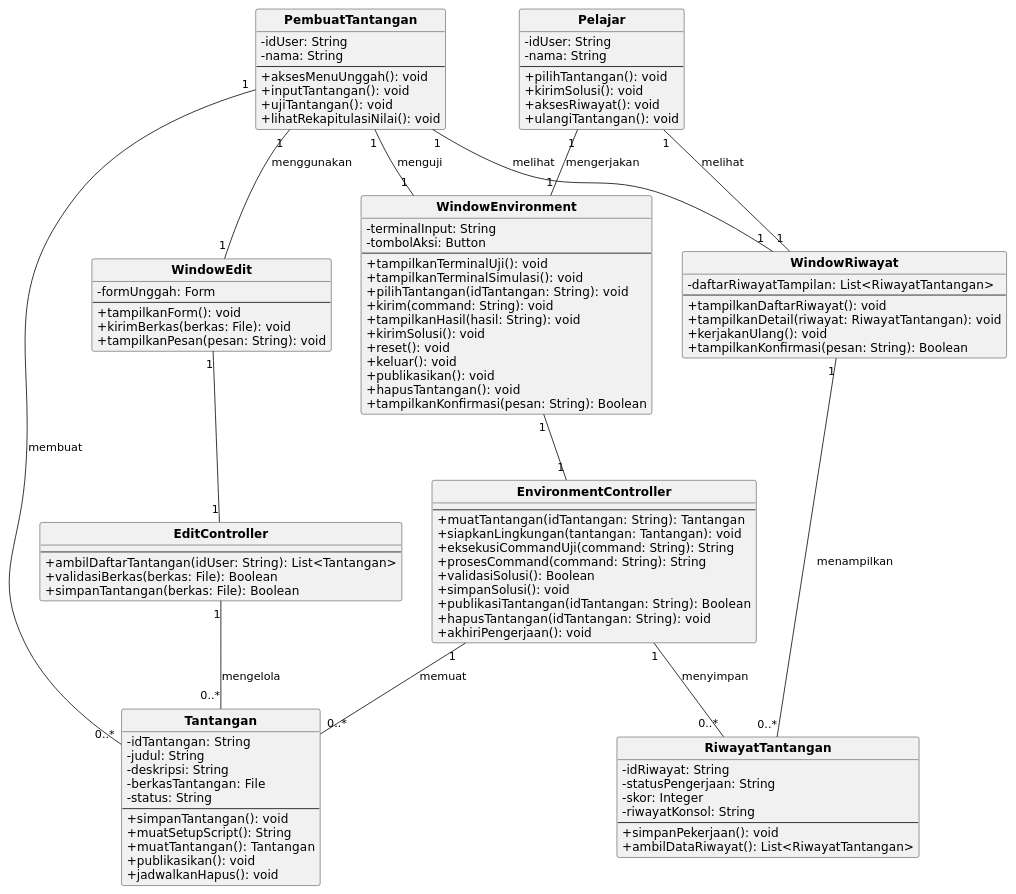
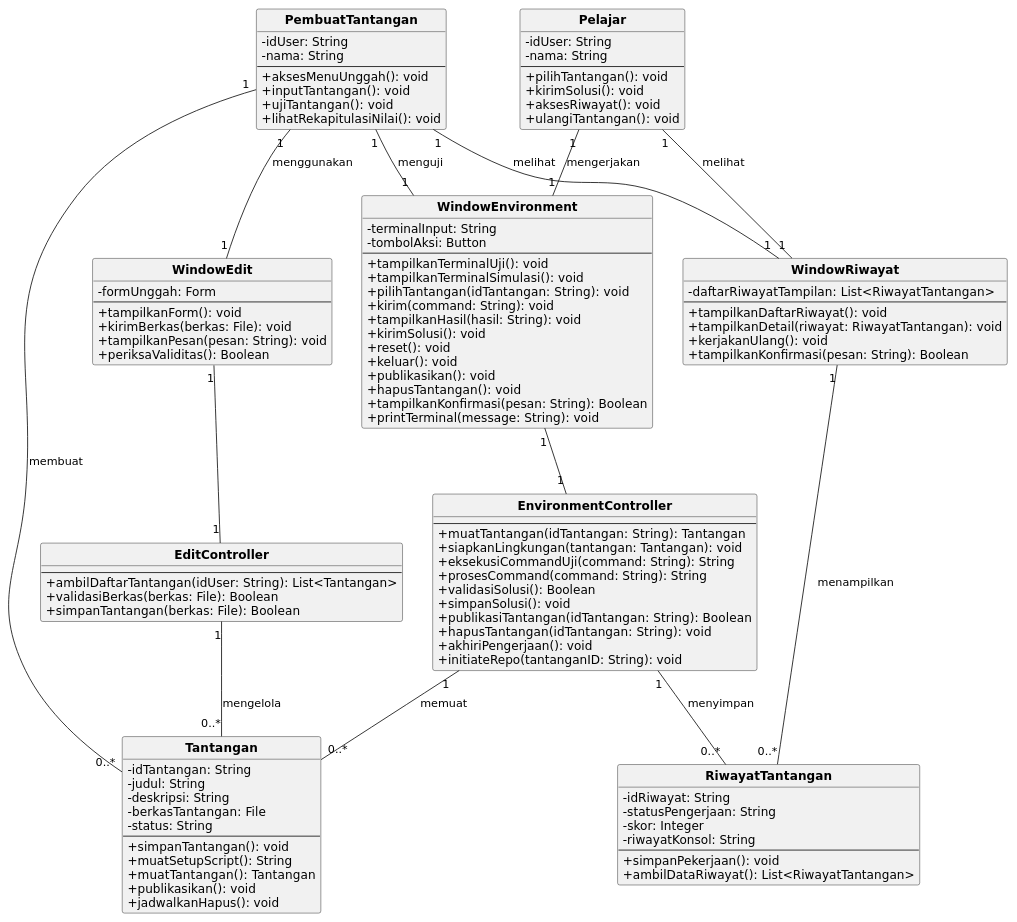
One commit to Semicomatose/IF2150-RPL-K03-G03 changed the diagram in docs/M7/assets/diagram/src/class_diagram_full.puml. Above: the diagram before and after it, drawn with PlantUML. The commit also changed 9 other files, not shown here.

First line of the commit message:
Update milestone 7 class diagrams

```diff
--- a/docs/M7/assets/diagram/src/class_diagram_full.puml
+++ b/docs/M7/assets/diagram/src/class_diagram_full.puml
@@ -1,110 +1,113 @@
 @startuml
 skinparam monochrome true
 skinparam shadowing false
 skinparam defaultFontName DejaVu Sans
 skinparam classAttributeIconSize 0
 skinparam classFontStyle bold
 hide circle
 
 class PembuatTantangan {
   - idUser: String
   - nama: String
   --
   + aksesMenuUnggah(): void
   + inputTantangan(): void
   + ujiTantangan(): void
   + lihatRekapitulasiNilai(): void
 }
 class Pelajar {
   - idUser: String
   - nama: String
   --
   + pilihTantangan(): void
   + kirimSolusi(): void
   + aksesRiwayat(): void
   + ulangiTantangan(): void
 }
 class Tantangan {
   - idTantangan: String
   - judul: String
   - deskripsi: String
   - berkasTantangan: File
   - status: String
   --
   + simpanTantangan(): void
   + muatSetupScript(): String
   + muatTantangan(): Tantangan
   + publikasikan(): void
   + jadwalkanHapus(): void
 }
 class WindowEdit {
   - formUnggah: Form
   --
   + tampilkanForm(): void
   + kirimBerkas(berkas: File): void
   + tampilkanPesan(pesan: String): void
+  + periksaValiditas(): Boolean
 }
 class EditController {
   --
   + ambilDaftarTantangan(idUser: String): List<Tantangan>
   + validasiBerkas(berkas: File): Boolean
   + simpanTantangan(berkas: File): Boolean
 }
 class WindowEnvironment {
   - terminalInput: String
   - tombolAksi: Button
   --
   + tampilkanTerminalUji(): void
   + tampilkanTerminalSimulasi(): void
   + pilihTantangan(idTantangan: String): void
   + kirim(command: String): void
   + tampilkanHasil(hasil: String): void
   + kirimSolusi(): void
   + reset(): void
   + keluar(): void
   + publikasikan(): void
   + hapusTantangan(): void
   + tampilkanKonfirmasi(pesan: String): Boolean
+  + printTerminal(message: String): void
 }
 class EnvironmentController {
   --
   + muatTantangan(idTantangan: String): Tantangan
   + siapkanLingkungan(tantangan: Tantangan): void
   + eksekusiCommandUji(command: String): String
   + prosesCommand(command: String): String
   + validasiSolusi(): Boolean
   + simpanSolusi(): void
   + publikasiTantangan(idTantangan: String): Boolean
   + hapusTantangan(idTantangan: String): void
   + akhiriPengerjaan(): void
+  + initiateRepo(tantanganID: String): void
 }
 class WindowRiwayat {
   - daftarRiwayatTampilan: List<RiwayatTantangan>
   --
   + tampilkanDaftarRiwayat(): void
   + tampilkanDetail(riwayat: RiwayatTantangan): void
   + kerjakanUlang(): void
   + tampilkanKonfirmasi(pesan: String): Boolean
 }
 class RiwayatTantangan {
   - idRiwayat: String
   - statusPengerjaan: String
   - skor: Integer
   - riwayatKonsol: String
   --
   + simpanPekerjaan(): void
   + ambilDataRiwayat(): List<RiwayatTantangan>
 }
 PembuatTantangan "1" -- "1" WindowEdit : menggunakan
 WindowEdit "1" -- "1" EditController
 EditController "1" -- "0..*" Tantangan : mengelola
 PembuatTantangan "1" -- "0..*" Tantangan : membuat
 PembuatTantangan "1" -- "1" WindowEnvironment : menguji
 PembuatTantangan "1" -- "1" WindowRiwayat : melihat
 Pelajar "1" -- "1" WindowRiwayat : melihat
 Pelajar "1" -- "1" WindowEnvironment : mengerjakan
 WindowEnvironment "1" -- "1" EnvironmentController
 EnvironmentController "1" -- "0..*" Tantangan : memuat
 EnvironmentController "1" -- "0..*" RiwayatTantangan : menyimpan
 WindowRiwayat "1" -- "0..*" RiwayatTantangan : menampilkan
 @enduml
```
